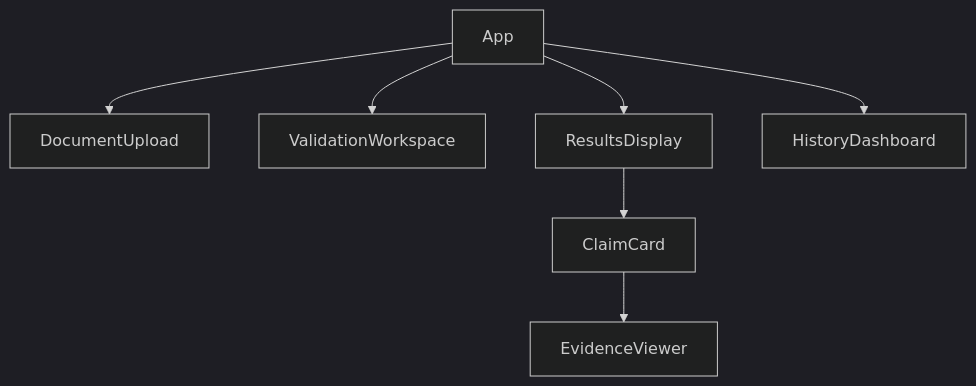
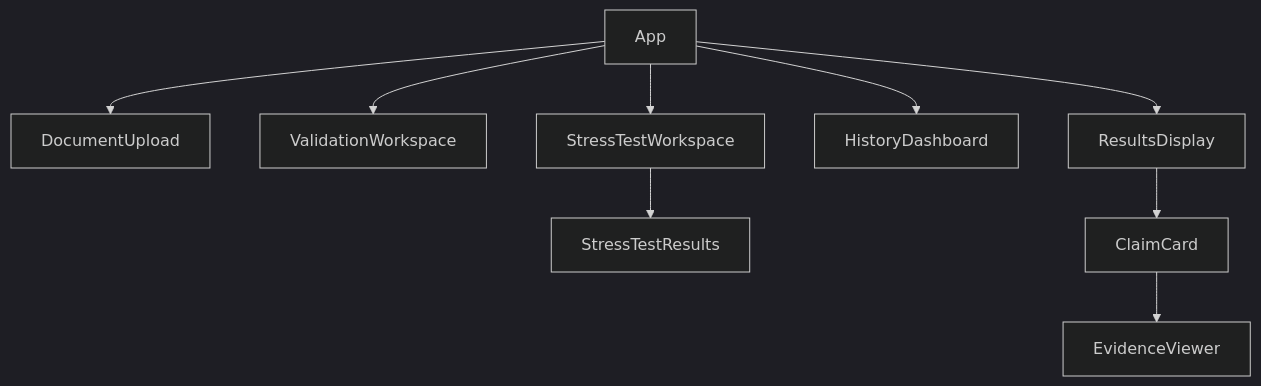
One commit to chandan112307/evilearn-2 changed the second of 4 diagrams in frontend/README.md. Above: the diagram before and after it, drawn with Mermaid (dark theme). The commit also changed other lines of this file and 3 other files, not shown here.

First line of the commit message:
docs: update all READMEs with Knowledge Stress-Test Engine documentation

````diff
--- a/frontend/README.md
+++ b/frontend/README.md
@@ -60,9 +65,11 @@
 ```mermaid
 graph TD
     App --> DocumentUpload
     App --> ValidationWorkspace
     App --> ResultsDisplay
     App --> HistoryDashboard
+    App --> StressTestWorkspace
+    StressTestWorkspace --> StressTestResults
     ResultsDisplay --> ClaimCard
     ClaimCard --> EvidenceViewer
 ```
````
